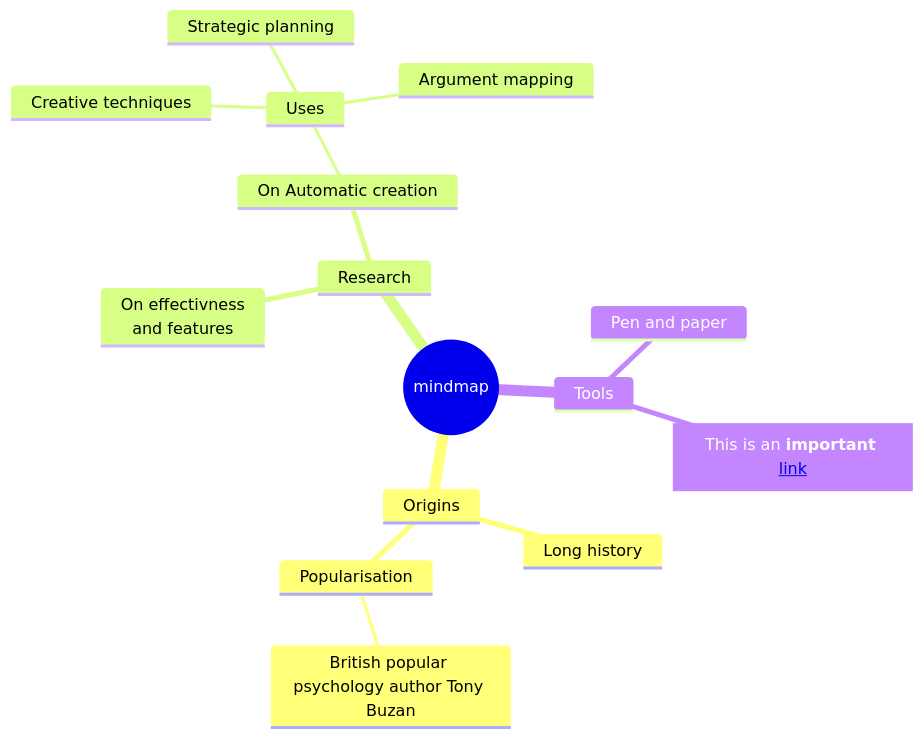
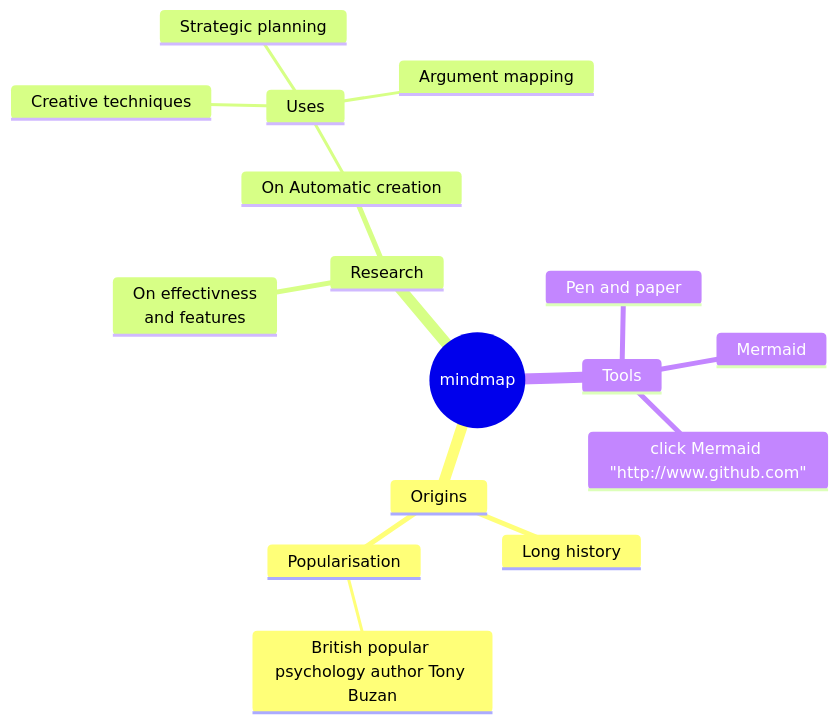
One commit to aghazadehm/test changed the diagram in test1.md. Above: the diagram before and after it, drawn with Mermaid.

````diff
--- a/test1.md
+++ b/test1.md
@@ -1,19 +1,20 @@
 ```mermaid
 mindmap
   root((mindmap))
     Origins
       Long history
       ::icon(fa fa-book)
       Popularisation
         British popular psychology author Tony Buzan
     Research
       On effectivness<br/>and features
       On Automatic creation
         Uses
             Creative techniques
             Strategic planning
             Argument mapping
     Tools
       Pen and paper
-      A[This is an <b>important</b> <a href='https://google.com'>link</a>]
+      Mermaid
+      click Mermaid "http://www.github.com"
 ```
````
